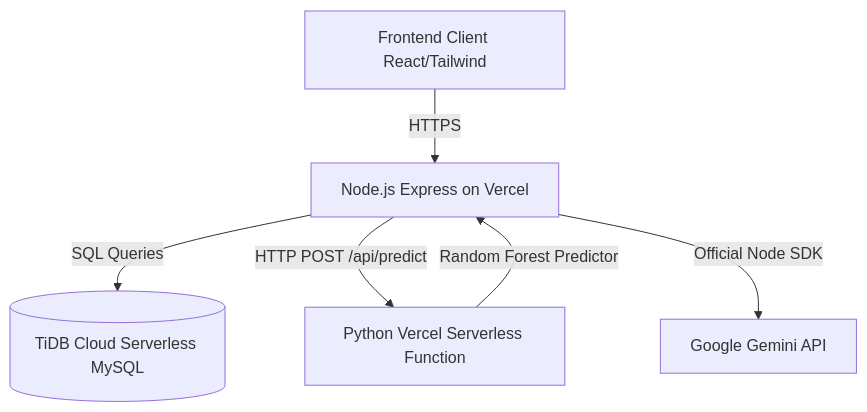
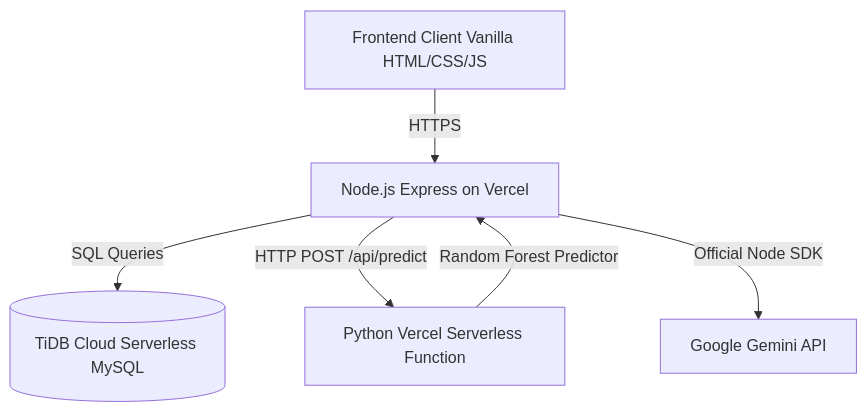
The diagram in design.md (RiloBen/fresh-ledger), drawn with Mermaid before and after one commit. The commit also changed other lines of this file and 1 other file, not shown here.

Commit message:
docs(tasks): update milestone 9 with completed vanilla html/css/js frontend checklist

````diff
--- a/design.md
+++ b/design.md
@@ -4,8 +4,8 @@
 ```mermaid
 graph TD
-    Client[Frontend Client React/Tailwind] -->|HTTPS| Backend[Node.js Express on Vercel]
+    Client[Frontend Client Vanilla HTML/CSS/JS] -->|HTTPS| Backend[Node.js Express on Vercel]
     Backend -->|SQL Queries| DB[(TiDB Cloud Serverless MySQL)]
     Backend -->|HTTP POST /api/predict| ML[Python Vercel Serverless Function]
     Backend -->|Official Node SDK| Gemini[Google Gemini API]
     ML -->|Random Forest Predictor| Backend
 ```
````
